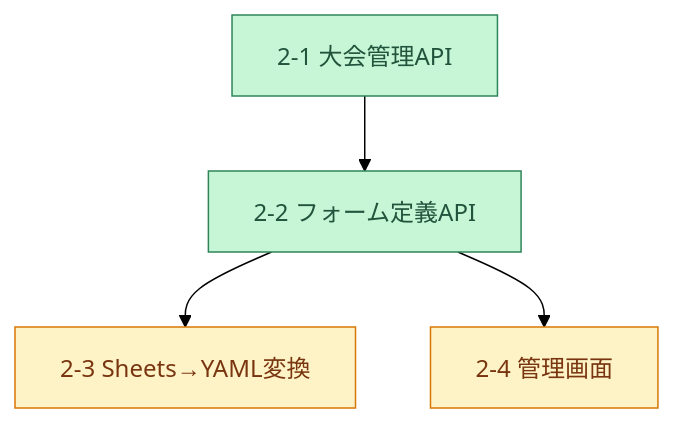
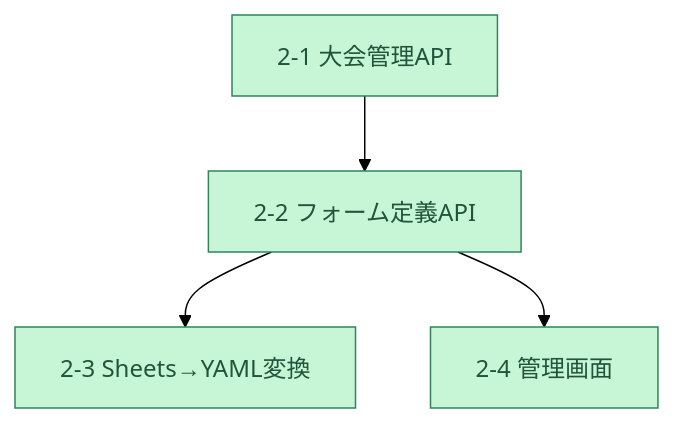
Before and after one commit to m-uesaka/regional-quiz-entry-form: the fourth of 7 diagrams in tasks.md, drawn with Mermaid (forest theme). The commit also changed other lines of this file and 26 other files, not shown here.

````diff
--- a/tasks.md
+++ b/tasks.md
@@ -115,9 +115,8 @@
 ```mermaid
 graph TD
   T21["2-1 大会管理API"]:::done --> T22["2-2 フォーム定義API"]:::done
-  T22 --> T23["2-3 Sheets→YAML変換"]:::next
-  T22 --> T24["2-4 管理画面"]:::next
+  T22 --> T23["2-3 Sheets→YAML変換"]:::done
+  T22 --> T24["2-4 管理画面"]:::done
 
   classDef done fill:#c6f6d5,stroke:#2f855a,color:#22543d;
-  classDef next fill:#fef3c7,stroke:#d97706,color:#78350f;
 ```
````
